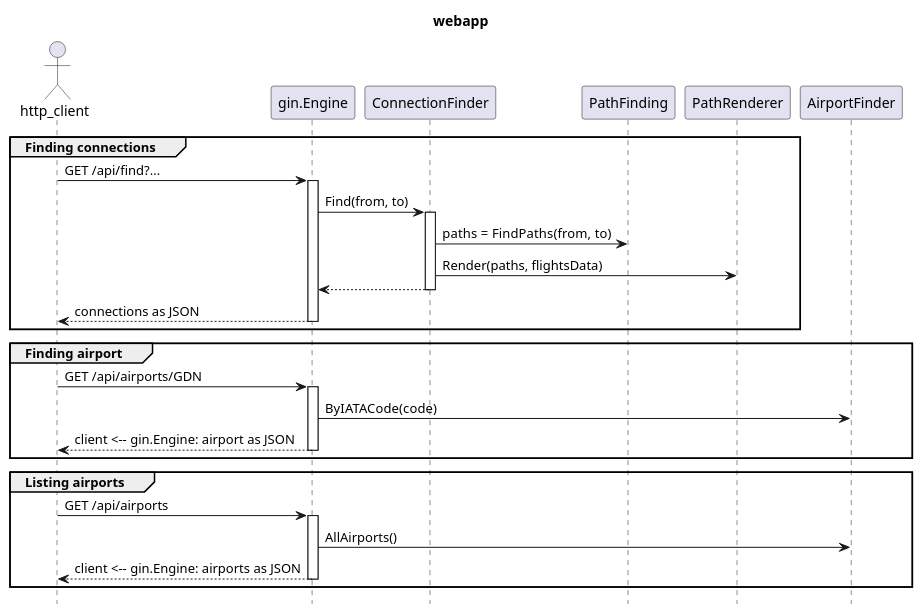
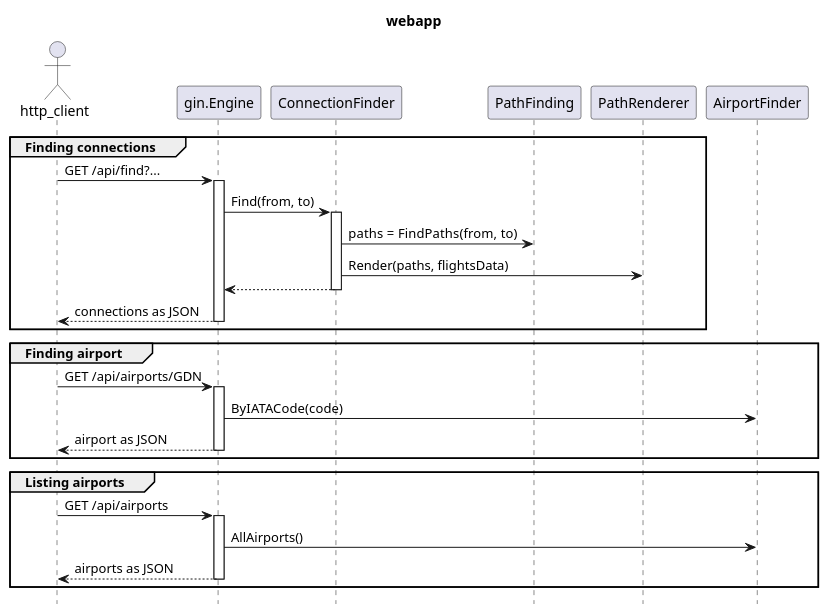
The diagram in docs/sequence.puml (mateuszmidor/FlightFinder), drawn with PlantUML before and after one commit. The commit also changed 1 other file, not shown here.

Commit message:
Update docs/sequence.puml and png

```diff
--- a/docs/sequence.puml
+++ b/docs/sequence.puml
@@ -1,51 +1,51 @@
 @startuml sequence
 
 title webapp
 
 hide footbox
 ' skinparam handwritten true
 ' skinparam monochrome true
 ' actor, participant, database, collections, queue
 '
 actor http_client as client
 
 ' actor httpserver as gin
 ' actor init
 ' init -> httpserver: Run
 ' httpserver -> gin.Engine: configure middleware
 ' httpserver -> gin.Engine: configure routes
 ' httpserver -> gin.Engine: Run()
 
 group Finding connections
     client -> gin.Engine: GET /api/find?...
     activate gin.Engine
         gin.Engine -> ConnectionFinder: Find(from, to)
         activate ConnectionFinder
             ConnectionFinder -> PathFinding: paths =  FindPaths(from, to)
             ConnectionFinder -> PathRenderer: Render(paths, flightsData)
         return
     return connections as JSON
 end 
 
 group Finding airport
     client -> gin.Engine: GET /api/airports/GDN
     activate gin.Engine
         gin.Engine -> AirportFinder: ByIATACode(code)
-    return client <-- gin.Engine: airport as JSON
+    return airport as JSON
 end
 
 group Listing airports
     client -> gin.Engine: GET /api/airports
     activate gin.Engine
         gin.Engine -> AirportFinder: AllAirports()
-    return client <-- gin.Engine: airports as JSON
+    return airports as JSON
 end
 
 ' activate apiserver
 '     alt 200 OK
 '         client <-- apiserver: result
 '     else 400 Bad Request
 '         client <-- apiserver: error
 '     end
 ' deactivate
 @enduml
```
